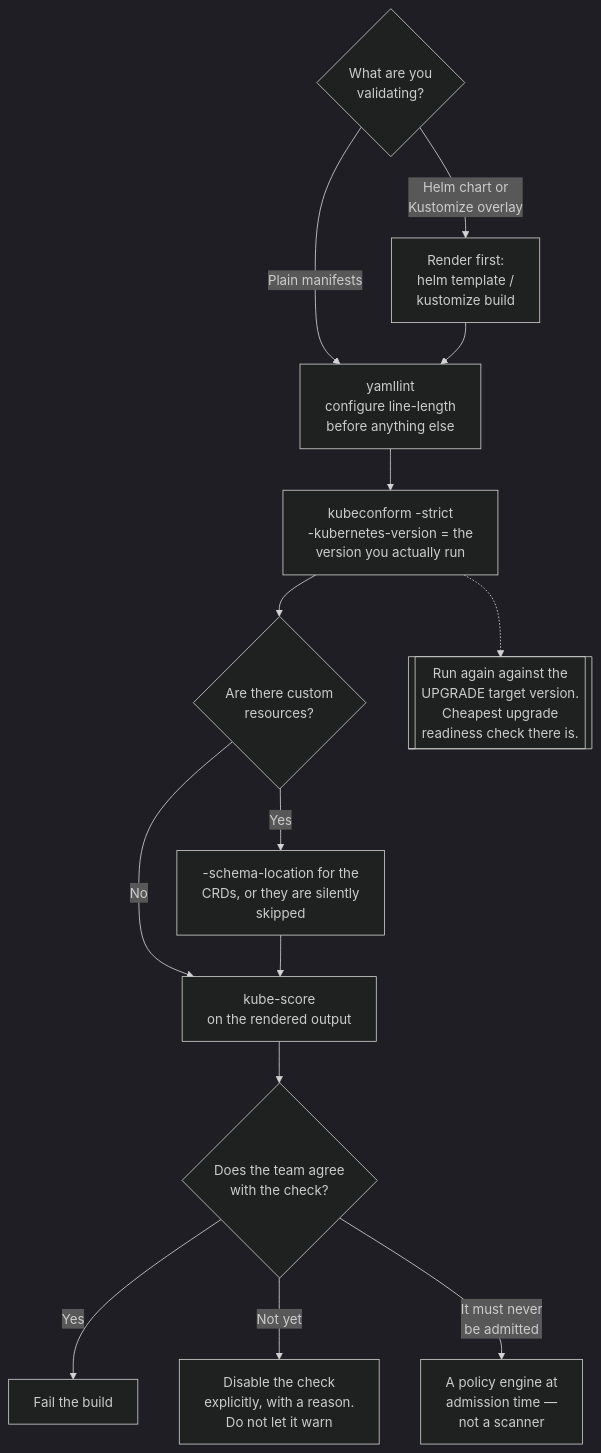
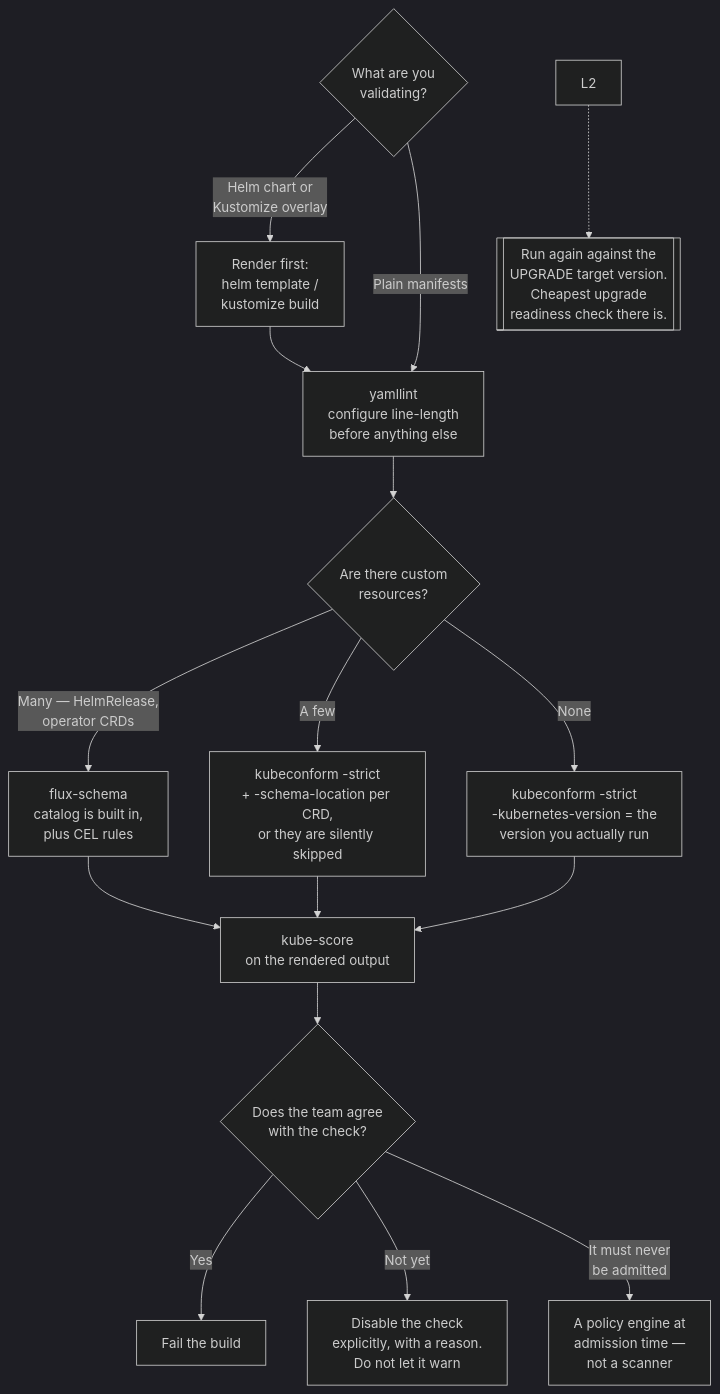
The diagram in infrastructure/devops/scanners/manifest/README.md (andreyolv/pikakube), drawn with Mermaid (dark theme) before and after one commit. The commit also changed other lines of this file and 14 other files, not shown here.

````diff
--- a/infrastructure/devops/scanners/manifest/README.md
+++ b/infrastructure/devops/scanners/manifest/README.md
@@ -131,21 +141,25 @@
 ```mermaid
 flowchart TD
     START{What are you<br/>validating?}
 
     START -->|Helm chart or<br/>Kustomize overlay| REN[Render first:<br/>helm template /<br/>kustomize build]
     START -->|Plain manifests| L1
 
     REN --> L1[yamllint<br/>configure line-length<br/>before anything else]
-    L1 --> L2[kubeconform -strict<br/>-kubernetes-version = the<br/>version you actually run]
-    L2 --> CRD{Are there custom<br/>resources?}
-    CRD -->|Yes| SCH[-schema-location for the<br/>CRDs, or they are silently<br/>skipped]
-    CRD -->|No| L3
-    SCH --> L3[kube-score<br/>on the rendered output]
+    L1 --> CRD{Are there custom<br/>resources?}
+    CRD -->|Many — HelmRelease,<br/>operator CRDs| FS[flux-schema<br/>catalog is built in,<br/>plus CEL rules]
+    CRD -->|A few| SCH[kubeconform -strict<br/>+ -schema-location per CRD,<br/>or they are silently skipped]
+    CRD -->|None| KC[kubeconform -strict<br/>-kubernetes-version = the<br/>version you actually run]
+
+    FS --> L3
+    SCH --> L3
+    KC --> L3
+    L3[kube-score<br/>on the rendered output]
 
     L3 --> AGREE{Does the team agree<br/>with the check?}
     AGREE -->|Yes| FAIL[Fail the build]
     AGREE -->|Not yet| SUPP[Disable the check<br/>explicitly, with a reason.<br/>Do not let it warn]
     AGREE -->|It must never<br/>be admitted| POL[A policy engine at<br/>admission time —<br/>not a scanner]
 
     L2 -.-> UPG[[Run again against the<br/>UPGRADE target version.<br/>Cheapest upgrade<br/>readiness check there is.]]
 ```
````
